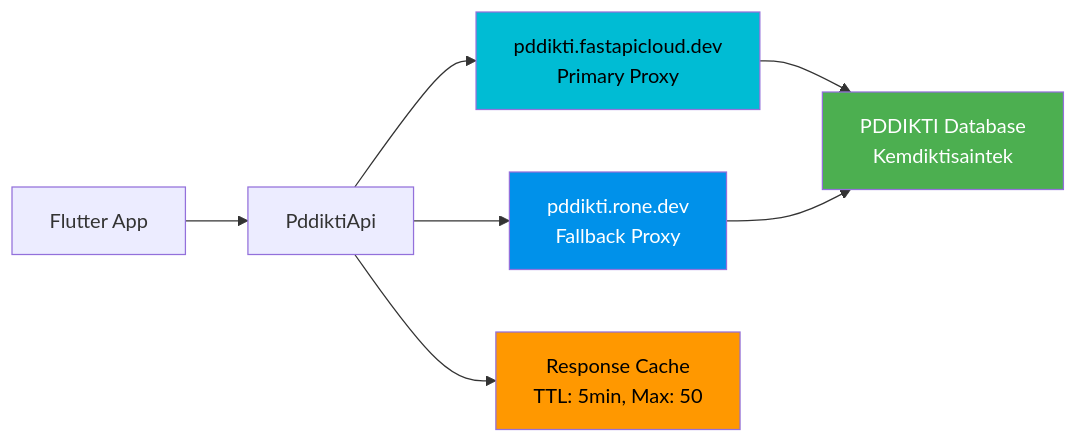
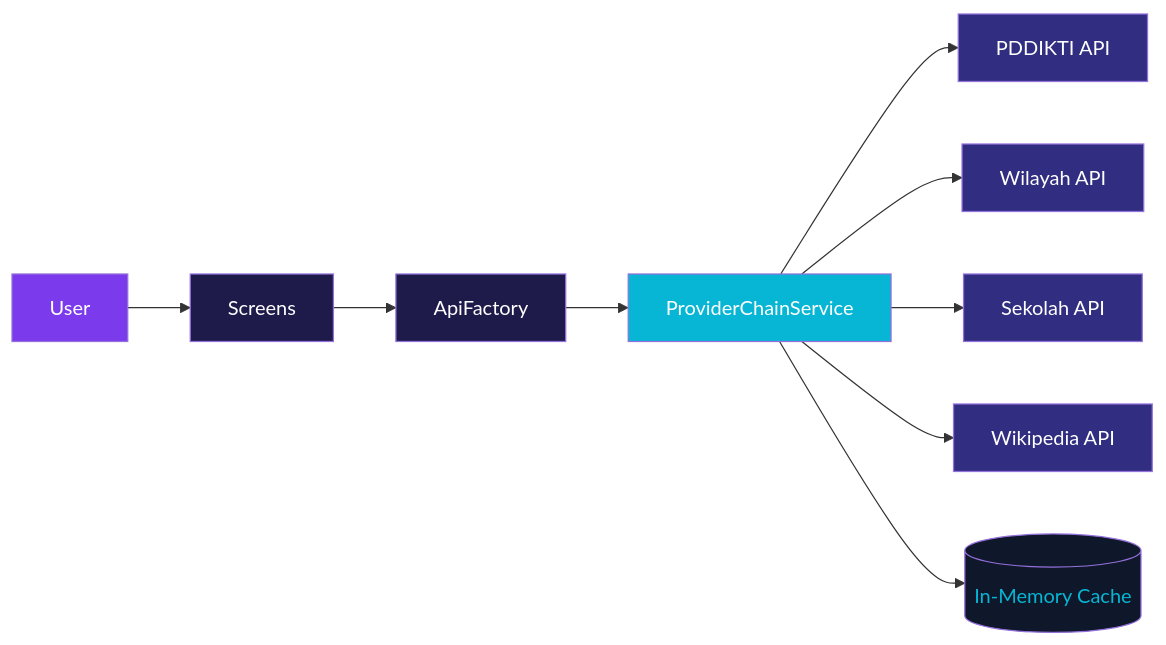
One commit to el-pablos/DB-Cracker changed the diagram in README.md. Above: the diagram before and after it, drawn with Mermaid. The commit also changed other lines of this file and 4 other files, not shown here.

````diff
--- a/README.md
+++ b/README.md
@@ -193,16 +63,22 @@
 ```mermaid
-graph LR
-    A[Flutter App] --> B[PddiktiApi]
-    B --> C[pddikti.fastapicloud.dev<br/>Primary Proxy]
-    B --> D[pddikti.rone.dev<br/>Fallback Proxy]
-    
-    C --> E[PDDIKTI Database<br/>Kemdiktisaintek]
-    D --> E
-    
-    B --> F[Response Cache<br/>TTL: 5min, Max: 50]
-    
-    style C fill:#00BCD4,color:#000
-    style D fill:#0091EA,color:#fff
-    style E fill:#4CAF50,color:#fff
-    style F fill:#FF9800,color:#000
+flowchart LR
+    U[User] --> S[Screens]
+    S --> AF[ApiFactory]
+    AF --> PCS[ProviderChainService]
+    PCS --> P1[PDDIKTI API]
+    PCS --> P2[Wilayah API]
+    PCS --> P3[Sekolah API]
+    PCS --> P4[Wikipedia API]
+
+    PCS --> C[(In-Memory Cache)]
+
+    style U fill:#7c3aed,color:#fff
+    style S fill:#1e1b4b,color:#fff
+    style AF fill:#1e1b4b,color:#fff
+    style PCS fill:#06b6d4,color:#fff
+    style P1 fill:#312e81,color:#fff
+    style P2 fill:#312e81,color:#fff
+    style P3 fill:#312e81,color:#fff
+    style P4 fill:#312e81,color:#fff
+    style C fill:#0f172a,color:#06b6d4
 ```
````
